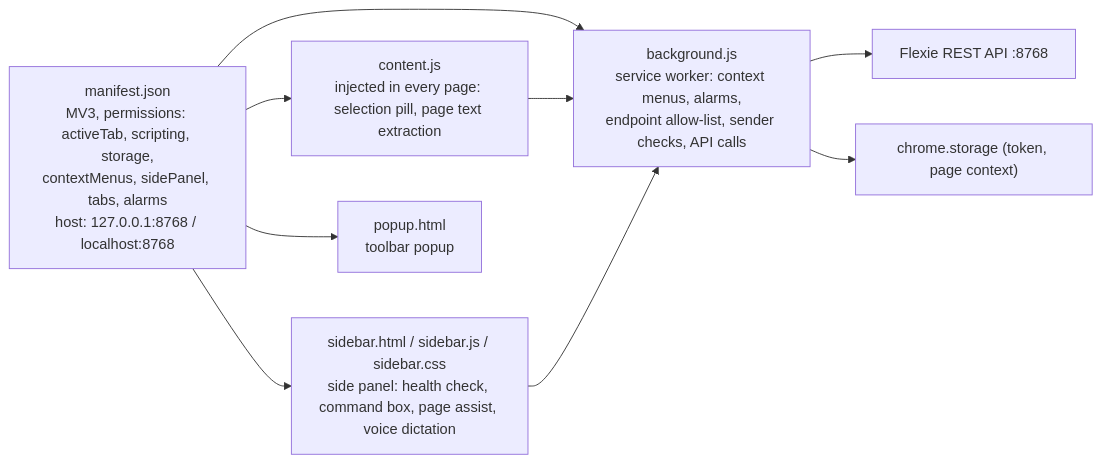
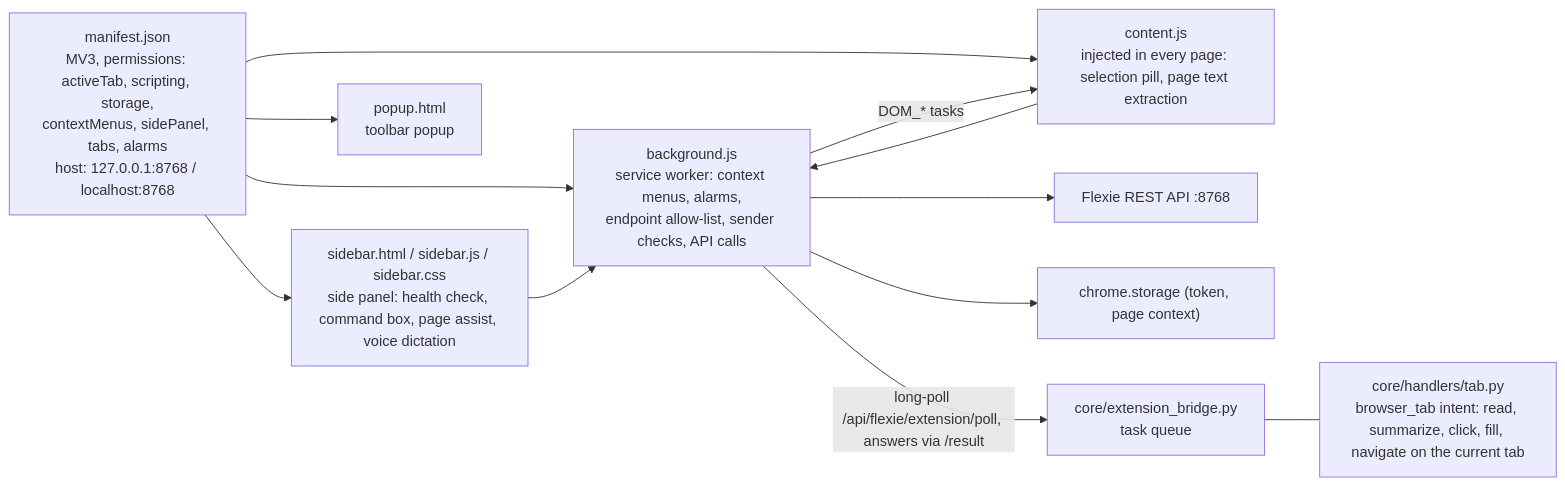
Before and after one commit to DhanushN2005/Agentic-AI-Desktop-Assistant-: diagram 19 of 21 in tools/architecture_flows.md, drawn with Mermaid. The commit also changed other lines of this file and 61 other files, not shown here.

````diff
--- a/tools/architecture_flows.md
+++ b/tools/architecture_flows.md
@@ -413,12 +413,15 @@
 ```mermaid
 flowchart LR
     MAN["manifest.json<br/>MV3, permissions: activeTab, scripting, storage,<br/>contextMenus, sidePanel, tabs, alarms<br/>host: 127.0.0.1:8768 / localhost:8768"]
     MAN --> BG["background.js<br/>service worker: context menus, alarms,<br/>endpoint allow-list, sender checks, API calls"]
     MAN --> CS["content.js<br/>injected in every page: selection pill, page text extraction"]
     MAN --> SBP["sidebar.html / sidebar.js / sidebar.css<br/>side panel: health check, command box, page assist, voice dictation"]
     MAN --> POP["popup.html<br/>toolbar popup"]
     CS --> BG
     SBP --> BG
     BG --> API["Flexie REST API :8768"]
     BG --> ST["chrome.storage (token, page context)"]
+    BG -- "long-poll /api/flexie/extension/poll, answers via /result" --> BRG["core/extension_bridge.py<br/>task queue"]
+    BRG --- TAB["core/handlers/tab.py<br/>browser_tab intent: read, summarize, click, fill, navigate on the current tab"]
+    BG -- "DOM_* tasks" --> CS
 ```
````
